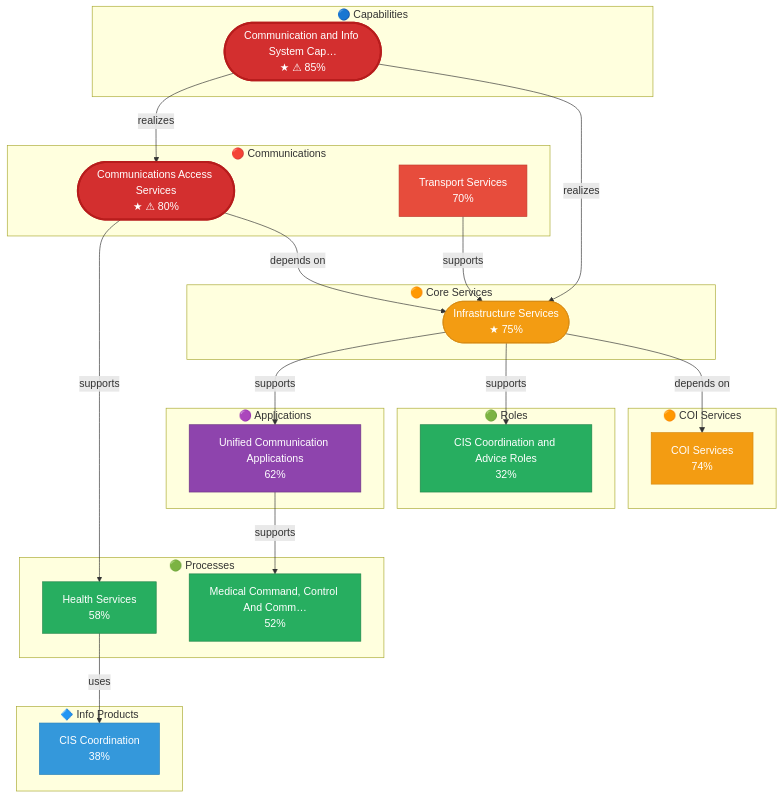
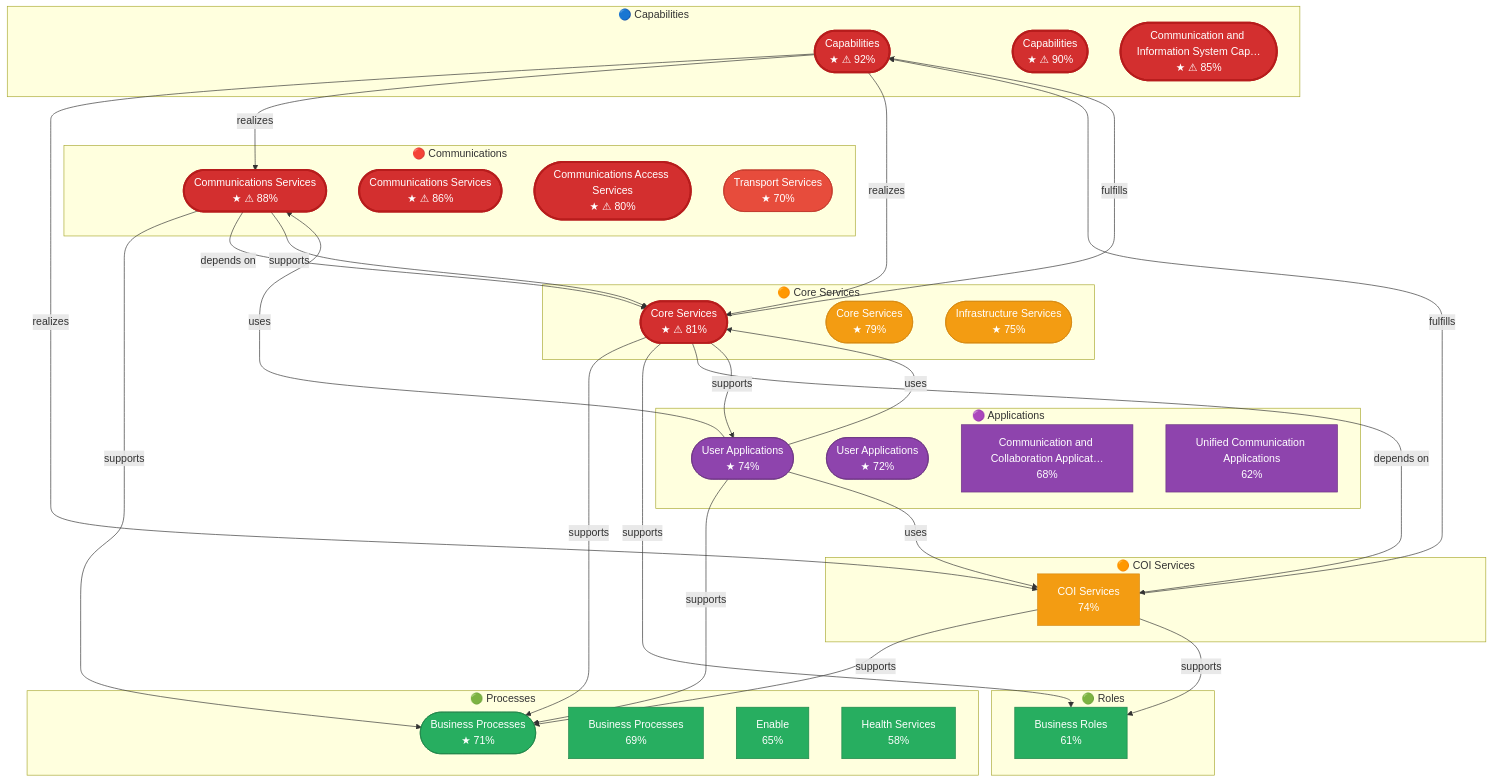
One commit to carstenartur/Taxonomy changed the second of 2 diagrams in README.md. Above: the diagram before and after it, drawn with Mermaid. The commit also changed other lines of this file, not shown here.

Commit message:
README: replace hand-crafted fake Mermaid diagram with real full pipeline output (#299)

````diff
--- a/README.md
+++ b/README.md
@@ -63,59 +63,89 @@
 ```mermaid
 flowchart TD
     subgraph Capabilities["🔵 Capabilities"]
-        CP_1023(["Communication and Info System Cap…<br/>★ ⚠ 85%"])
+        CP(["Capabilities<br/>★ ⚠ 92%"])
+        CP_1000(["Capabilities<br/>★ ⚠ 90%"])
+        CP_1023(["Communication and Information System Cap…<br/>★ ⚠ 85%"])
     end
-    subgraph Business_Processes["🟢 Processes"]
-        BP_1490["Health Services<br/>58%"]
-        BP_1697["Medical Command, Control And Comm…<br/>52%"]
-    end
-    subgraph Business_Roles["🟢 Roles"]
-        BR_1334["CIS Coordination and Advice Roles<br/>32%"]
+    subgraph Communications_Services["🔴 Communications"]
+        CO(["Communications Services<br/>★ ⚠ 88%"])
+        CO_1000(["Communications Services<br/>★ ⚠ 86%"])
+        CO_1011(["Communications Access Services<br/>★ ⚠ 80%"])
+        CO_1063(["Transport Services<br/>★ 70%"])
     end
     subgraph Core_Services["🟠 Core Services"]
+        CR(["Core Services<br/>★ ⚠ 81%"])
+        CR_1000(["Core Services<br/>★ 79%"])
         CR_1047(["Infrastructure Services<br/>★ 75%"])
     end
     subgraph COI_Services["🟠 COI Services"]
         CI["COI Services<br/>74%"]
     end
     subgraph User_Applications["🟣 Applications"]
+        UA(["User Applications<br/>★ 74%"])
+        UA_1000(["User Applications<br/>★ 72%"])
+        UA_1179["Communication and Collaboration Applicat…<br/>68%"]
         UA_1574["Unified Communication Applications<br/>62%"]
     end
-    subgraph Information_Products["🔷 Info Products"]
-        IP_2106["CIS Coordination<br/>38%"]
+    subgraph Business_Processes["🟢 Processes"]
+        BP(["Business Processes<br/>★ 71%"])
+        BP_1000["Business Processes<br/>69%"]
+        BP_1327["Enable<br/>65%"]
+        BP_1490["Health Services<br/>58%"]
     end
-    subgraph Communications_Services["🔴 Communications"]
-        CO_1011(["Communications Access Services<br/>★ ⚠ 80%"])
-        CO_1063["Transport Services<br/>70%"]
+    subgraph Business_Roles["🟢 Roles"]
+        BR["Business Roles<br/>61%"]
     end
-    CP_1023 -->|realizes| CO_1011
-    CP_1023 -->|realizes| CR_1047
-    CO_1011 -->|supports| BP_1490
-    CO_1011 -->|depends on| CR_1047
-    CR_1047 -->|supports| UA_1574
-    CR_1047 -->|supports| BR_1334
-    CR_1047 -->|depends on| CI
-    UA_1574 -->|supports| BP_1697
-    BP_1490 -->|uses| IP_2106
-    CO_1063 -->|supports| CR_1047
+    CP -->|realizes| CI
+    CP -->|realizes| CO
+    CP -->|realizes| CR
+    CO -->|supports| BP
+    CO -->|depends on| CR
+    CO -->|supports| CR
+    CR -->|supports| BP
+    CR -->|supports| BR
+    CR -->|fulfills| CP
+    CR -->|depends on| CI
+    CR -->|supports| UA
+    UA -->|supports| BP
+    UA -->|uses| CI
+    UA -->|uses| CO
+    UA -->|uses| CR
+    CI -->|supports| BP
+    CI -->|supports| BR
+    CI -->|fulfills| CP
     classDef cap fill:#4A90D9,color:#fff,stroke:#2171B5
+    classDef comm fill:#E74C3C,color:#fff,stroke:#C0392B
+    classDef svc fill:#F39C12,color:#fff,stroke:#D68910
+    classDef app fill:#8E44AD,color:#fff,stroke:#6C3483
     classDef proc fill:#27AE60,color:#fff,stroke:#1E8449
     classDef role fill:#27AE60,color:#fff,stroke:#1E8449
-    classDef svc fill:#F39C12,color:#fff,stroke:#D68910
-    classDef app fill:#8E44AD,color:#fff,stroke:#6C3483
-    classDef info fill:#3498DB,color:#fff,stroke:#2980B9
-    classDef comm fill:#E74C3C,color:#fff,stroke:#C0392B
     classDef hotspot fill:#D32F2F,color:#fff,stroke:#B71C1C,stroke-width:3px
+    class CP cap
+    class CP hotspot
+    class CP_1000 cap
+    class CP_1000 hotspot
     class CP_1023 cap
     class CP_1023 hotspot
-    class BP_1490 proc
-    class BP_1697 proc
-    class BR_1334 role
-    class CR_1047 svc
-    class CI svc
-    class UA_1574 app
-    class IP_2106 info
+    class CO comm
+    class CO hotspot
+    class CO_1000 comm
+    class CO_1000 hotspot
     class CO_1011 comm
     class CO_1011 hotspot
     class CO_1063 comm
+    class CR svc
+    class CR hotspot
+    class CR_1000 svc
+    class CR_1047 svc
+    class CI svc
+    class UA app
+    class UA_1000 app
+    class UA_1179 app
+    class UA_1574 app
+    class BP proc
+    class BP_1000 proc
+    class BP_1327 proc
+    class BP_1490 proc
+    class BR role
 ```
````
